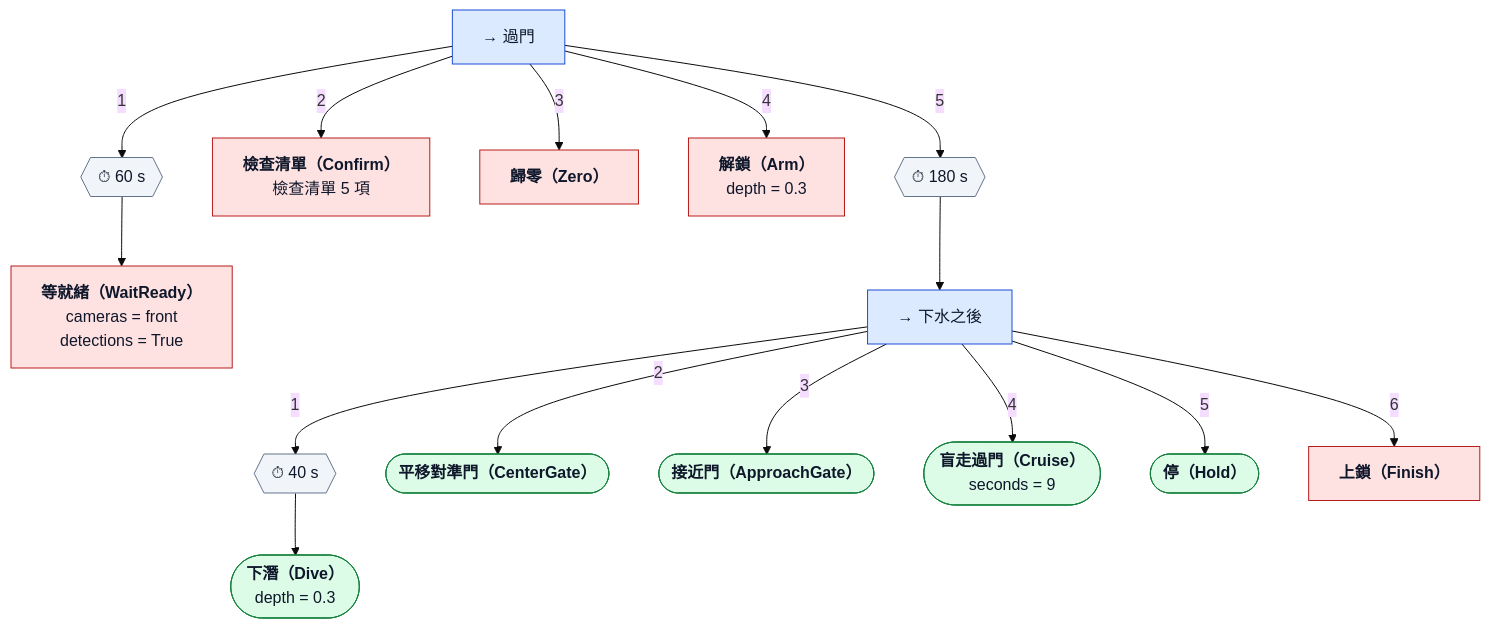
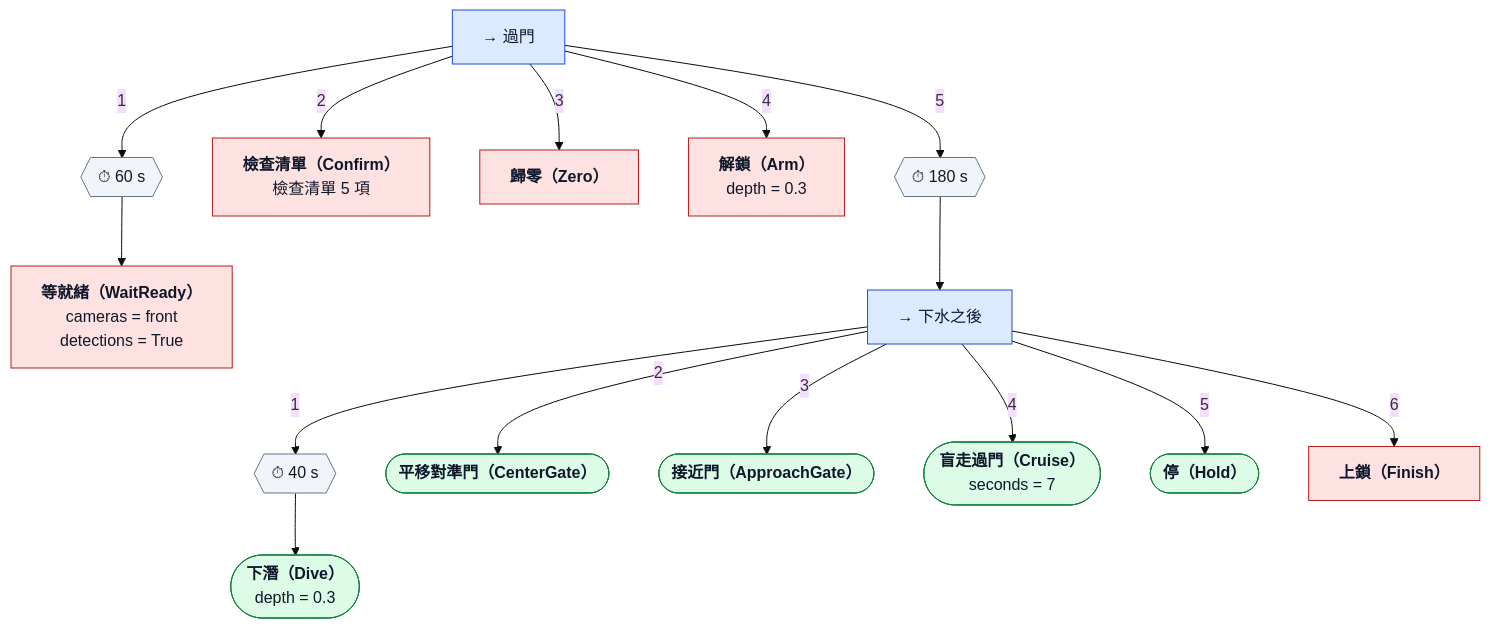
Before and after one commit to NCTU-AUV/orca: the diagram in src/orca_mission/trees/gate_pass.md, drawn with Mermaid (base theme). The commit also changed other lines of this file and 6 other files, not shown here.

````diff
--- a/src/orca_mission/trees/gate_pass.md
+++ b/src/orca_mission/trees/gate_pass.md
@@ -17,39 +17,39 @@
 ```mermaid
 flowchart TD
   n0["→ 過門"]:::seq
   n1{{"⏱ 60 s"}}:::dec
   n0 -->|1| n1
   n2["<b>等就緒（WaitReady）</b><br/>cameras = front<br/>detections = True"]:::mission
   n1 --> n2
   n3["<b>檢查清單（Confirm）</b><br/>檢查清單 5 項"]:::mission
   n0 -->|2| n3
   n4["<b>歸零（Zero）</b>"]:::mission
   n0 -->|3| n4
   n5["<b>解鎖（Arm）</b><br/>depth = 0.3"]:::mission
   n0 -->|4| n5
   n6{{"⏱ 180 s"}}:::dec
   n0 -->|5| n6
   n7["→ 下水之後"]:::seq
   n6 --> n7
   n8{{"⏱ 40 s"}}:::dec
   n7 -->|1| n8
   n9(["<b>下潛（Dive）</b><br/>depth = 0.3"]):::task
   n8 --> n9
   n10(["<b>平移對準門（CenterGate）</b>"]):::task
   n7 -->|2| n10
   n11(["<b>接近門（ApproachGate）</b>"]):::task
   n7 -->|3| n11
-  n12(["<b>盲走過門（Cruise）</b><br/>seconds = 9"]):::task
+  n12(["<b>盲走過門（Cruise）</b><br/>seconds = 7"]):::task
   n7 -->|4| n12
   n13(["<b>停（Hold）</b>"]):::task
   n7 -->|5| n13
   n14["<b>上鎖（Finish）</b>"]:::mission
   n7 -->|6| n14
   classDef seq fill:#dbeafe,stroke:#1d4ed8,color:#0f172a
   classDef sel fill:#fef3c7,stroke:#b45309,color:#0f172a
   classDef par fill:#ede9fe,stroke:#6d28d9,color:#0f172a
   classDef dec fill:#f1f5f9,stroke:#64748b,color:#0f172a
   classDef task fill:#dcfce7,stroke:#15803d,color:#0f172a
   classDef mission fill:#fee2e2,stroke:#b91c1c,color:#0f172a
   classDef cond fill:#fff,stroke:#0f172a,color:#0f172a
 ```
````
